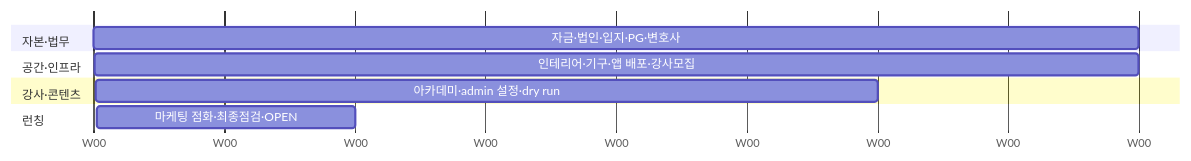
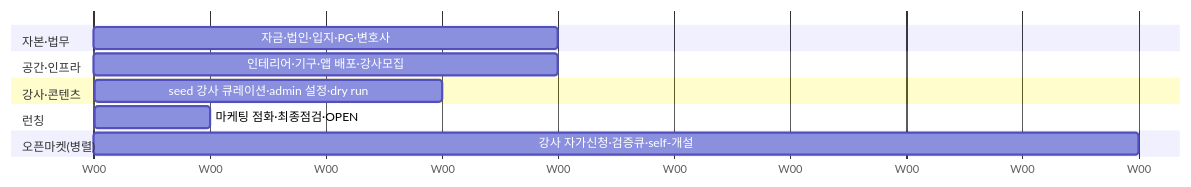
The diagram in operations/launch-plan.md (Young-000/pt-platform-docs), drawn with Mermaid before and after one commit. The commit also changed other lines of this file and 1 other file, not shown here.

First line of the commit message:
docs: 런칭 일정 현실화(4~5개월) + 오픈마켓 강사 공급 병렬 트랙 반영

````diff
--- a/operations/launch-plan.md
+++ b/operations/launch-plan.md
@@ -36,13 +39,15 @@
 ```mermaid
 gantt
     dateFormat  X
     axisFormat  W%W
     section 자본·법무
     자금·법인·입지·PG·변호사        :p0, 0, 4
     section 공간·인프라
     인테리어·기구·앱 배포·강사모집   :p1, 4, 4
     section 강사·콘텐츠
-    아카데미·admin 설정·dry run     :p2, 8, 3
+    seed 강사 큐레이션·admin 설정·dry run :p2, 8, 3
     section 런칭
     마케팅 점화·최종점검·OPEN        :p3, 11, 1
+    section 오픈마켓(병렬)
+    강사 자가신청·검증큐·self-개설   :pm, 4, 9
 ```
````
